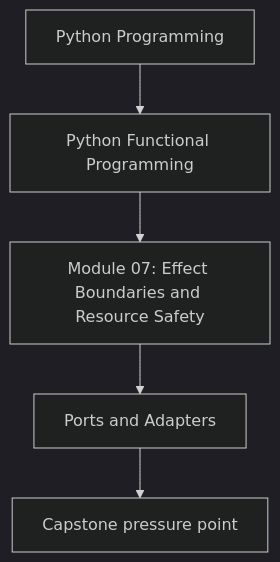
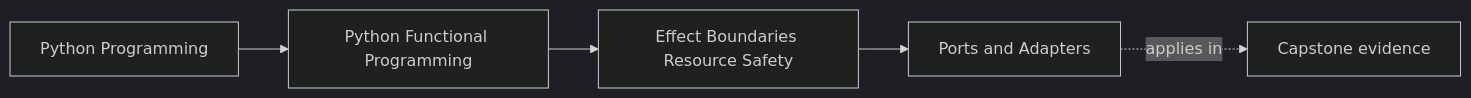
Before and after one commit to bijux/bijux-masterclass: the first of 2 diagrams in programs/python-programming/python-functional-programming/course-book/module-07-effect-boundaries-resource-safety/ports-and-adapters.md, drawn with Mermaid (dark theme). The commit also changed other lines of this file and 108 other files, not shown here.

Commit message:
docs(python-functional-programming): map capstone and advanced design surfaces

````diff
--- a/programs/python-programming/python-functional-programming/course-book/module-07-effect-boundaries-resource-safety/ports-and-adapters.md
+++ b/programs/python-programming/python-functional-programming/course-book/module-07-effect-boundaries-resource-safety/ports-and-adapters.md
@@ -7,7 +7,11 @@
 ```mermaid
-flowchart TD
-  family["Python Programming"] --> program["Python Functional Programming"]
-  program --> module["Module 07: Effect Boundaries and Resource Safety"]
-  module --> concept["Ports and Adapters"]
-  concept --> capstone["Capstone pressure point"]
+graph LR
+  family["Python Programming"]
+  program["Python Functional Programming"]
+  section["Effect Boundaries Resource Safety"]
+  page["Ports and Adapters"]
+  capstone["Capstone evidence"]
+
+  family --> program --> section --> page
+  page -.applies in.-> capstone
 ```
````
